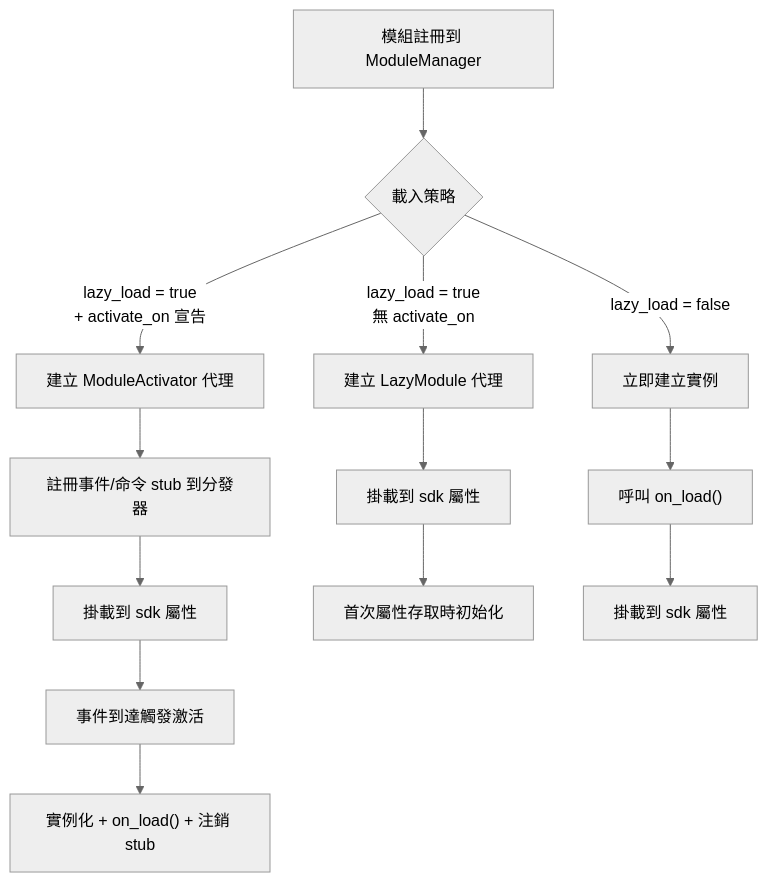
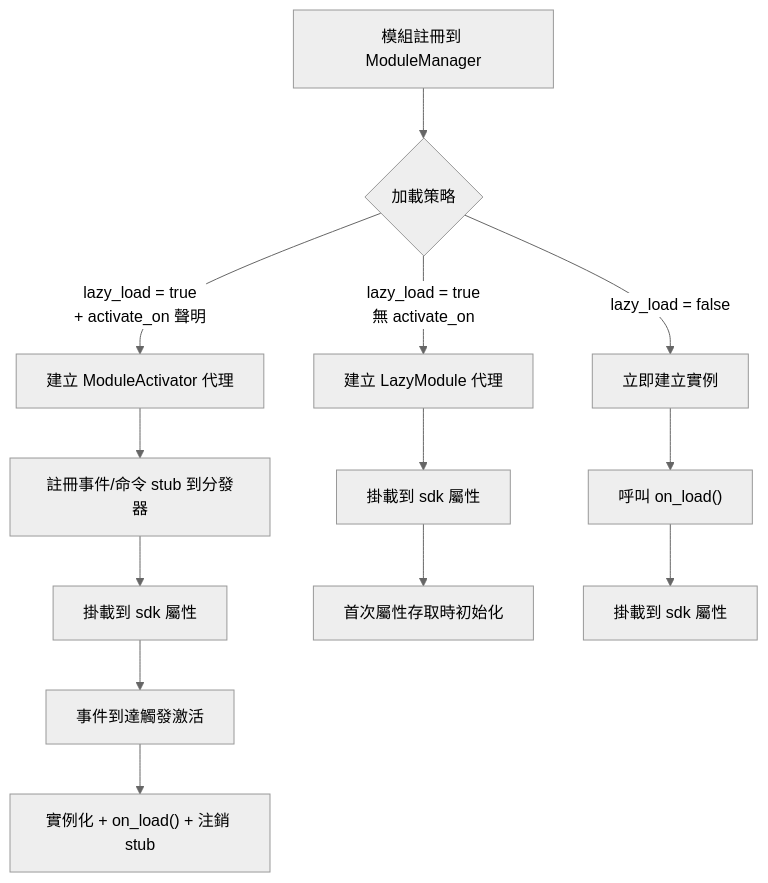
Before and after one commit to ErisPulse/ErisPulse: the sixth of 9 diagrams in docs/zh-TW/architecture.md, drawn with Mermaid (neutral theme). The commit also changed other lines of this file and 622 other files, not shown here.

````diff
--- a/docs/zh-TW/architecture.md
+++ b/docs/zh-TW/architecture.md
@@ -197,15 +197,15 @@
 ```mermaid
 flowchart TD
-    A["模組註冊到 ModuleManager"] --> B{"載入策略"}
-    B -->|"lazy_load = true<br/>+ activate_on 宣告"| C["建立 ModuleActivator 代理"]
+    A["模組註冊到 ModuleManager"] --> B{"加載策略"}
+    B -->|"lazy_load = true<br/>+ activate_on 聲明"| C["建立 ModuleActivator 代理"]
     B -->|"lazy_load = true<br/>無 activate_on"| D["建立 LazyModule 代理"]
     B -->|"lazy_load = false"| E["立即建立實例"]
     C --> F["註冊事件/命令 stub 到分發器"]
     F --> G["掛載到 sdk 屬性"]
     G --> H["事件到達觸發激活"]
     H --> I["實例化 + on_load() + 注銷 stub"]
     D --> J["掛載到 sdk 屬性"]
     J --> K["首次屬性存取時初始化"]
     E --> L["呼叫 on_load()"]
     L --> M["掛載到 sdk 屬性"]
 ```
````
